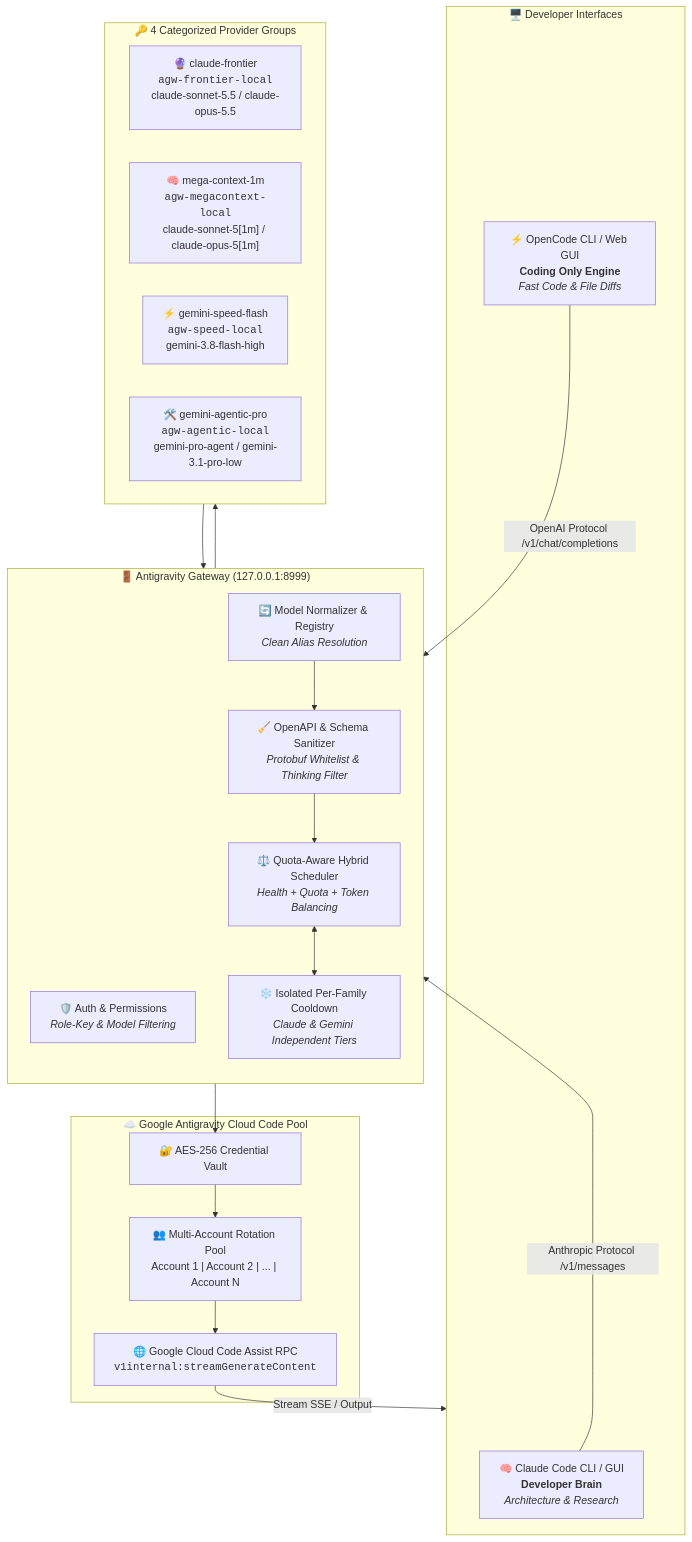
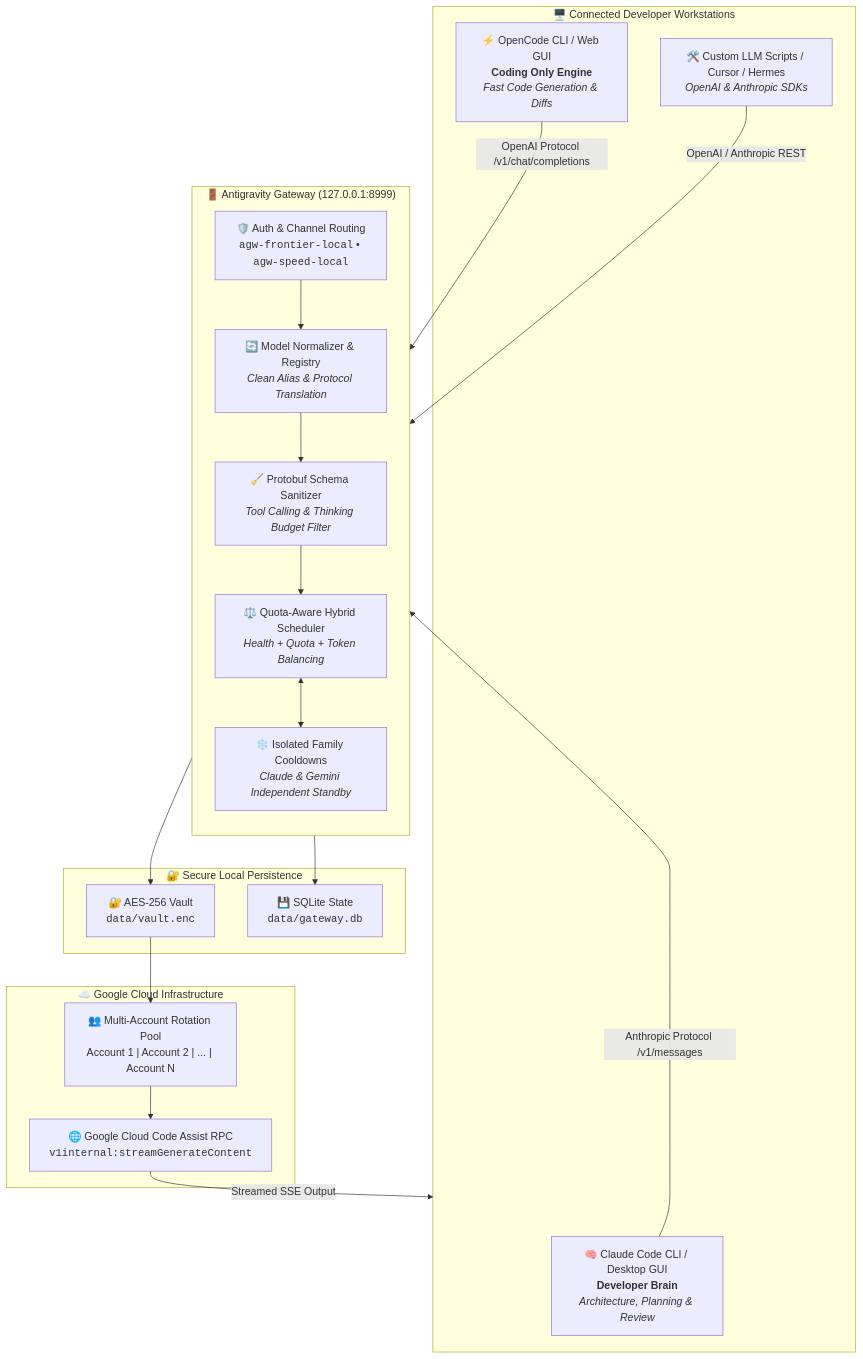
One commit to RareBat47/antigravity-gateway changed the diagram in README.md. Above: the diagram before and after it, drawn with Mermaid. The commit also changed other lines of this file, not shown here.

````diff
--- a/README.md
+++ b/README.md
@@ -105,42 +48,41 @@
 ```mermaid
 flowchart TD
-    subgraph Clients["🖥️ Developer Interfaces"]
-        CC["🧠 Claude Code CLI / GUI<br/><b>Developer Brain</b><br/><i>Architecture & Research</i>"]
-        OC["⚡ OpenCode CLI / Web GUI<br/><b>Coding Only Engine</b><br/><i>Fast Code & File Diffs</i>"]
+    subgraph Clients["🖥️ Connected Developer Workstations"]
+        CC["🧠 Claude Code CLI / Desktop GUI<br/><b>Developer Brain</b><br/><i>Architecture, Planning & Review</i>"]
+        OC["⚡ OpenCode CLI / Web GUI<br/><b>Coding Only Engine</b><br/><i>Fast Code Generation & Diffs</i>"]
+        EXT["🛠️ Custom LLM Scripts / Cursor / Hermes<br/><i>OpenAI & Anthropic SDKs</i>"]
     end
 
     subgraph Gateway["🚪 Antigravity Gateway (127.0.0.1:8999)"]
         direction TB
-        Auth["🛡️ Auth & Permissions<br/><i>Role-Key & Model Filtering</i>"]
-        Normalizer["🔄 Model Normalizer & Registry<br/><i>Clean Alias Resolution</i>"]
-        Sanitizer["🧹 OpenAPI & Schema Sanitizer<br/><i>Protobuf Whitelist & Thinking Filter</i>"]
+        Auth["🛡️ Auth & Channel Routing<br/><code>agw-frontier-local</code> • <code>agw-speed-local</code>"]
+        Normalizer["🔄 Model Normalizer & Registry<br/><i>Clean Alias & Protocol Translation</i>"]
+        Sanitizer["🧹 Protobuf Schema Sanitizer<br/><i>Tool Calling & Thinking Budget Filter</i>"]
         Scheduler["⚖️ Quota-Aware Hybrid Scheduler<br/><i>Health + Quota + Token Balancing</i>"]
-        Cooldown["❄️ Isolated Per-Family Cooldown<br/><i>Claude & Gemini Independent Tiers</i>"]
+        Cooldown["❄️ Isolated Family Cooldowns<br/><i>Claude & Gemini Independent Standby</i>"]
     end
 
-    subgraph Providers["🔑 4 Categorized Provider Groups"]
-        P1["🔮 claude-frontier<br/><code>agw-frontier-local</code><br/>claude-sonnet-5.5 / claude-opus-5.5"]
-        P2["🧠 mega-context-1m<br/><code>agw-megacontext-local</code><br/>claude-sonnet-5[1m] / claude-opus-5[1m]"]
-        P3["⚡ gemini-speed-flash<br/><code>agw-speed-local</code><br/>gemini-3.8-flash-high"]
-        P4["🛠️ gemini-agentic-pro<br/><code>agw-agentic-local</code><br/>gemini-pro-agent / gemini-3.1-pro-low"]
+    subgraph Storage["🔐 Secure Local Persistence"]
+        Vault["🔐 AES-256 Vault<br/><code>data/vault.enc</code>"]
+        DB["💾 SQLite State<br/><code>data/gateway.db</code>"]
     end
 
-    subgraph Backend["☁️ Google Antigravity Cloud Code Pool"]
-        Vault["🔐 AES-256 Credential Vault"]
+    subgraph Upstream["☁️ Google Cloud Infrastructure"]
         AccPool["👥 Multi-Account Rotation Pool<br/>Account 1 | Account 2 | ... | Account N"]
         GoogleAPI["🌐 Google Cloud Code Assist RPC<br/><code>v1internal:streamGenerateContent</code>"]
     end
 
     CC -->|Anthropic Protocol /v1/messages| Auth
     OC -->|OpenAI Protocol /v1/chat/completions| Auth
-    
-    Auth --> Providers
-    Providers --> Normalizer
+    EXT -->|OpenAI / Anthropic REST| Auth
+
+    Auth --> Normalizer
     Normalizer --> Sanitizer
     Sanitizer --> Scheduler
     Scheduler <--> Cooldown
     Scheduler --> Vault
+    Scheduler --> DB
     Vault --> AccPool
     AccPool --> GoogleAPI
-    GoogleAPI -->|Stream SSE / Output| Clients
+    GoogleAPI -->|Streamed SSE Output| Clients
 ```
````
